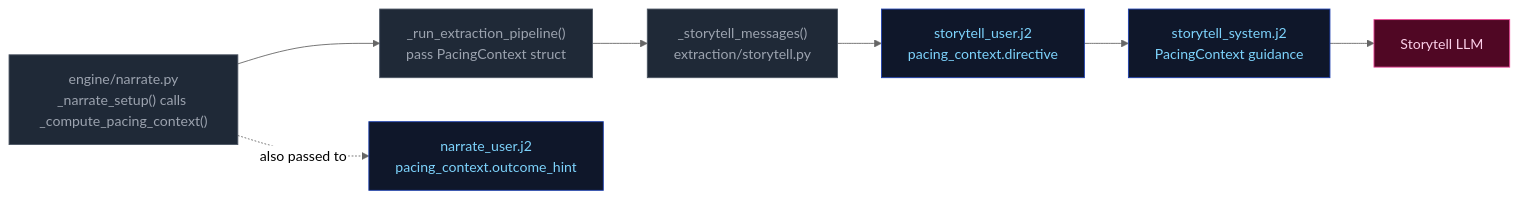
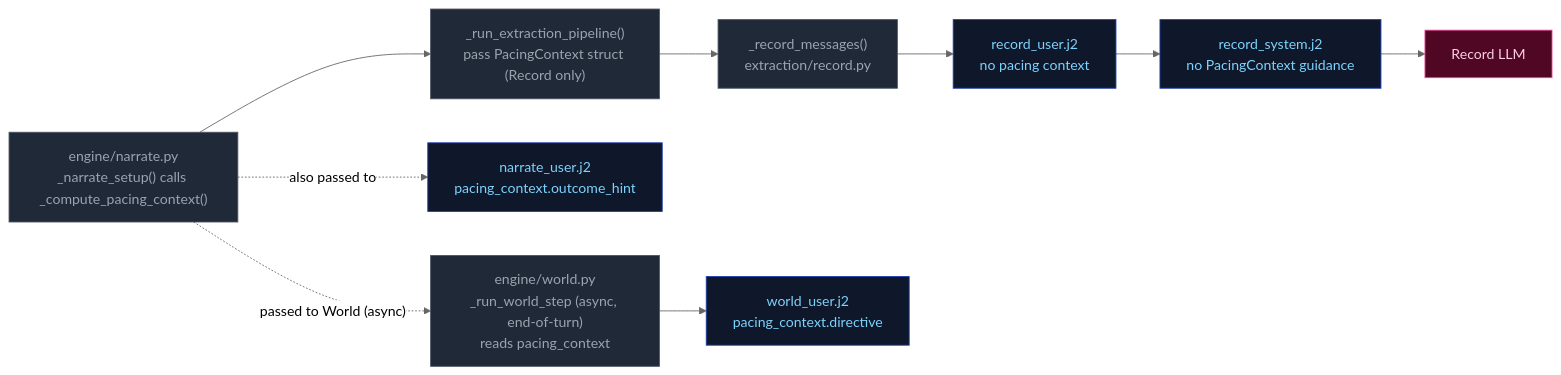
The third of 3 diagrams in docs/architecture/step0-ruling.md (pww217/fablethread), drawn with Mermaid (neutral theme) before and after one commit. The commit also changed other lines of this file and 19 other files, not shown here.

````diff
--- a/docs/architecture/step0-ruling.md
+++ b/docs/architecture/step0-ruling.md
@@ -132,17 +132,20 @@
 ```mermaid
 flowchart LR
     classDef pyNode fill:#1f2937,color:#9ca3af,stroke:#4b5563
     classDef prompt fill:#0f172a,color:#7dd3fc,stroke:#1e40af
     classDef extractor fill:#500724,color:#fbcfe8,stroke:#ec4899
 
     NARRATE["engine/narrate.py<br>_narrate_setup() calls _compute_pacing_context()"]:::pyNode
-    PIPELINE["_run_extraction_pipeline()<br>pass PacingContext struct"]:::pyNode
-    EXTRACT_FN["_storytell_messages()<br>extraction/storytell.py"]:::pyNode
-    USER_TMPL["storytell_user.j2<br>pacing_context.directive"]:::prompt
-    SYS_TMPL["storytell_system.j2<br>PacingContext guidance"]:::prompt
+    PIPELINE["_run_extraction_pipeline()<br>pass PacingContext struct (Record only)"]:::pyNode
+    EXTRACT_FN["_record_messages()<br>extraction/record.py"]:::pyNode
+    USER_TMPL["record_user.j2<br>no pacing context"]:::prompt
+    SYS_TMPL["record_system.j2<br>no PacingContext guidance"]:::prompt
     NARRATE_TMPL["narrate_user.j2<br>pacing_context.outcome_hint"]:::prompt
+    WORLD["engine/world.py<br>_run_world_step (async, end-of-turn)<br>reads pacing_context"]:::pyNode
+    WORLD_TMPL["world_user.j2<br>pacing_context.directive"]:::prompt
 
     NARRATE --> PIPELINE --> EXTRACT_FN --> USER_TMPL
-    USER_TMPL --> SYS_TMPL --> EXTRACTOR["Storytell LLM"]:::extractor
+    USER_TMPL --> SYS_TMPL --> EXTRACTOR["Record LLM"]:::extractor
     NARRATE -. "also passed to" .-> NARRATE_TMPL
+    NARRATE -. "passed to World (async)" .-> WORLD --> WORLD_TMPL
 ```
````
